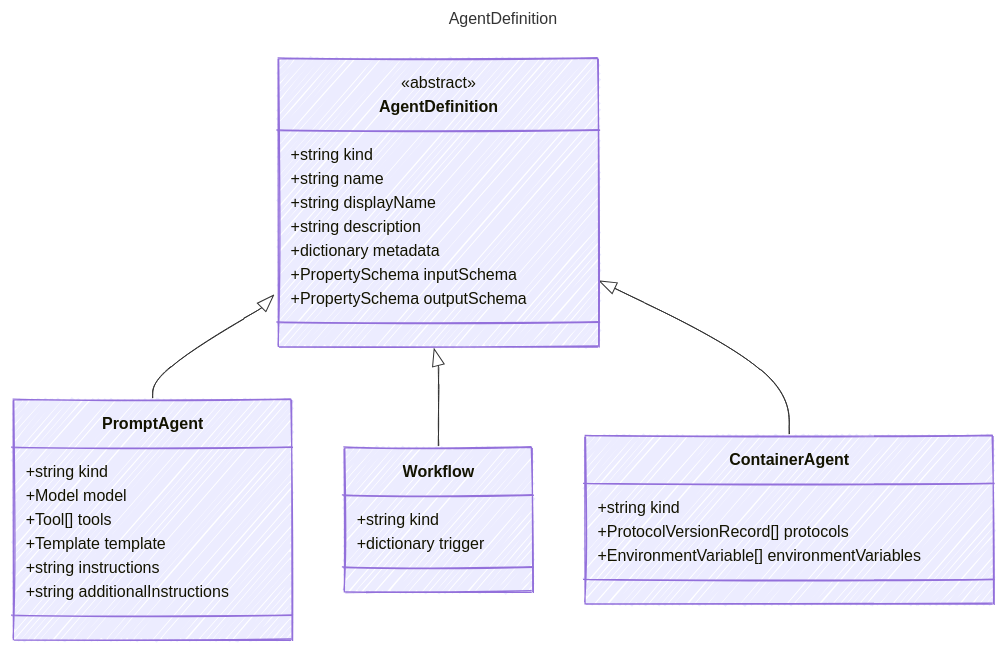
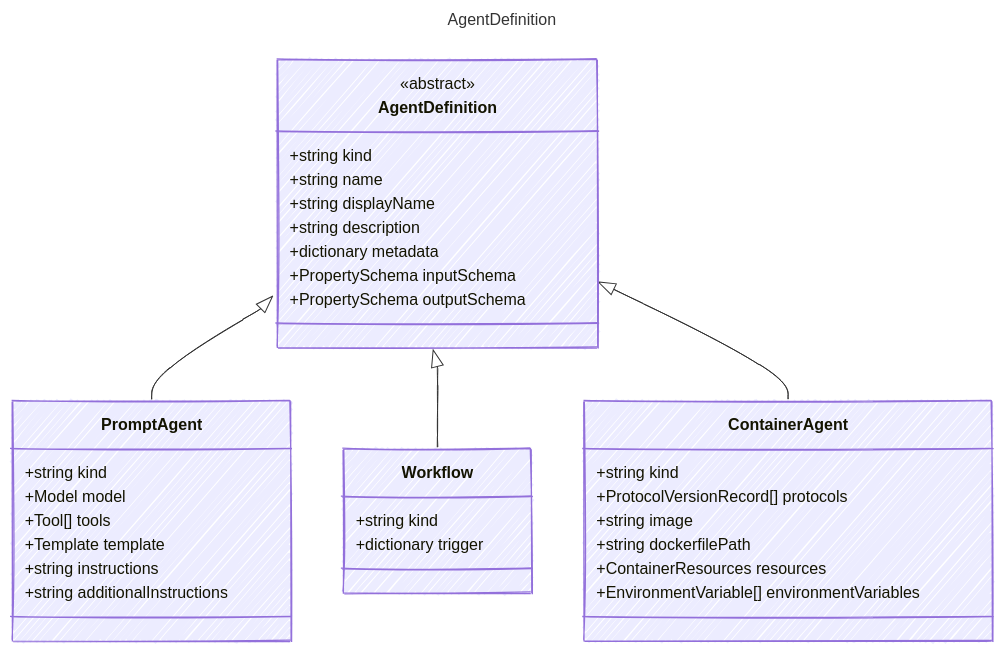
Before and after one commit to microsoft/AgentSchema: the diagram in docs/src/content/docs/reference/AgentDefinition.md, drawn with Mermaid. The commit also changed 25 other files, not shown here.

First line of the commit message:
Add ContainerResources and image to ContainerAgent (#50)

````diff
--- a/docs/src/content/docs/reference/AgentDefinition.md
+++ b/docs/src/content/docs/reference/AgentDefinition.md
@@ -14,41 +14,44 @@
 ```mermaid
 ---
 title: AgentDefinition
 config:
   look: handDrawn
   theme: colorful
   class:
     hideEmptyMembersBox: true
 ---
 classDiagram
     class AgentDefinition {
       <<abstract>>
         +string kind
         +string name
         +string displayName
         +string description
         +dictionary metadata
         +PropertySchema inputSchema
         +PropertySchema outputSchema
     }
     class PromptAgent {
         +string kind
         +Model model
         +Tool[] tools
         +Template template
         +string instructions
         +string additionalInstructions
     }
     AgentDefinition <|-- PromptAgent
     class Workflow {
         +string kind
         +dictionary trigger
     }
     AgentDefinition <|-- Workflow
     class ContainerAgent {
         +string kind
         +ProtocolVersionRecord[] protocols
+        +string image
+        +string dockerfilePath
+        +ContainerResources resources
         +EnvironmentVariable[] environmentVariables
     }
     AgentDefinition <|-- ContainerAgent
 ```
````
